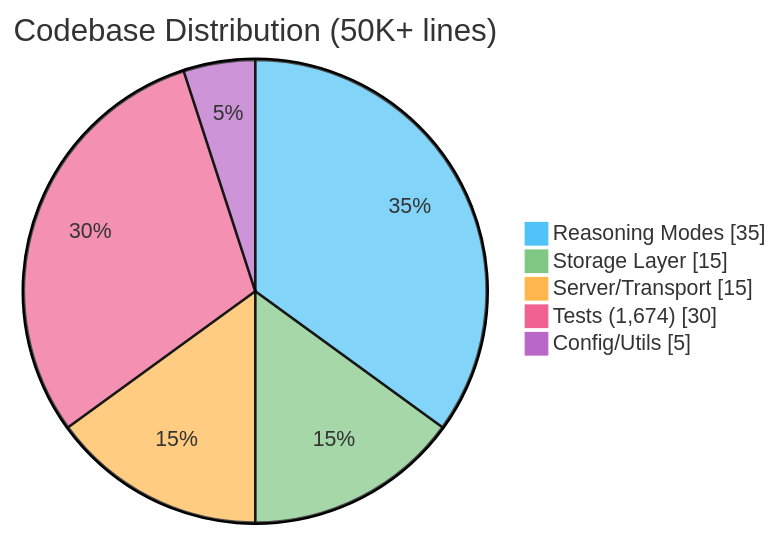
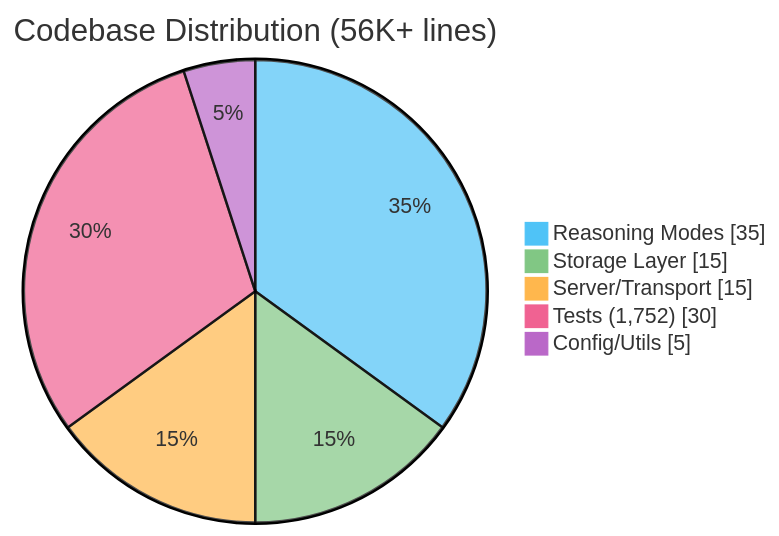
Before and after one commit to quanticsoul4772/mcp-reasoning: the first of 6 diagrams in README.md, drawn with Mermaid. The commit also changed other lines of this file and 3 other files, not shown here.

````diff
--- a/README.md
+++ b/README.md
@@ -10,9 +10,9 @@
 ```mermaid
 %%{init: {'theme': 'base', 'themeVariables': {'pie1': '#4fc3f7', 'pie2': '#81c784', 'pie3': '#ffb74d', 'pie4': '#f06292', 'pie5': '#ba68c8'}}}%%
-pie showData title Codebase Distribution (50K+ lines)
+pie showData title Codebase Distribution (56K+ lines)
     "Reasoning Modes" : 35
     "Storage Layer" : 15
     "Server/Transport" : 15
-    "Tests (1,674)" : 30
+    "Tests (1,752)" : 30
     "Config/Utils" : 5
 ```
````
